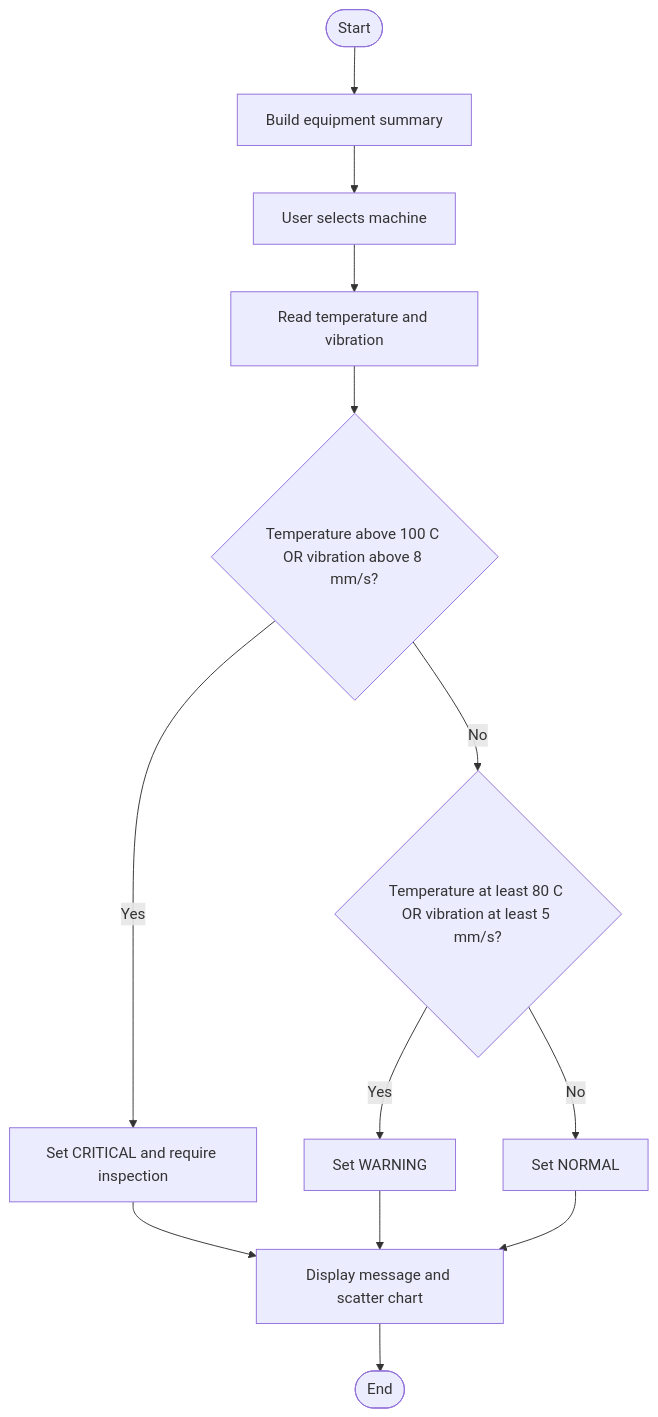
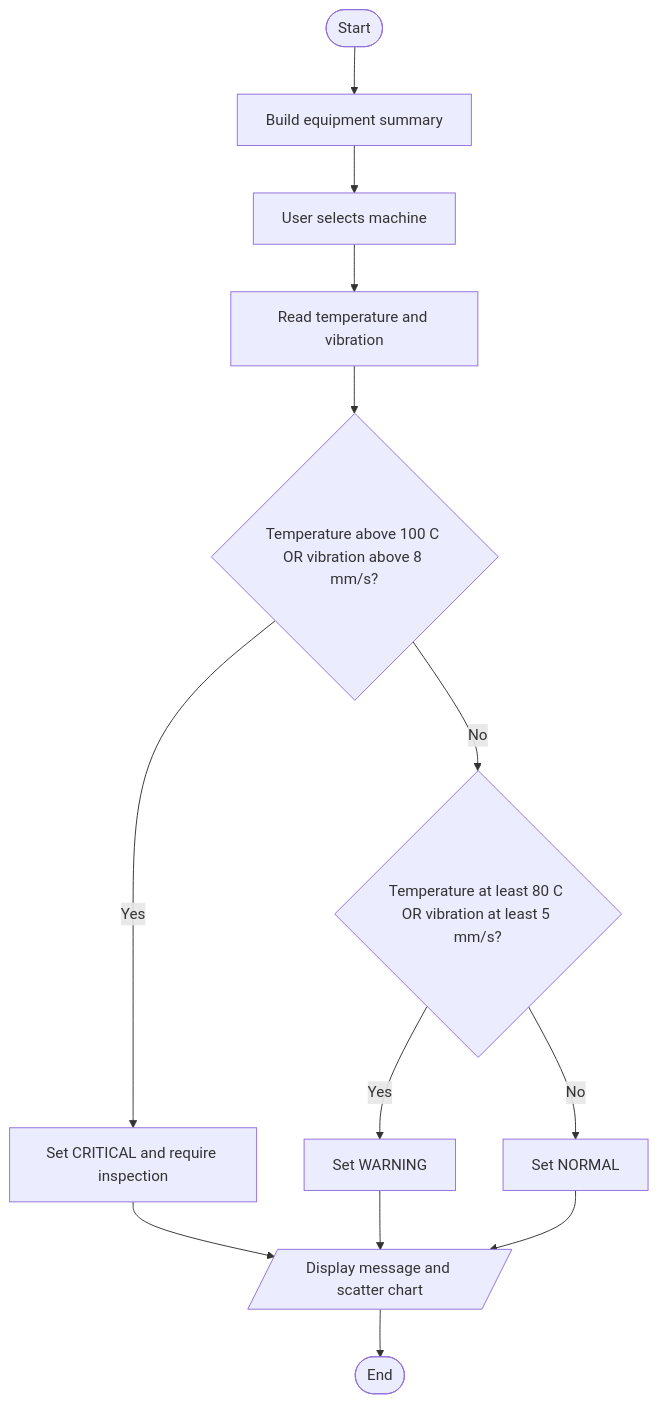
One commit to 2942996/KHWEZI-MINING-APP changed the eighth of 12 diagrams in Algorithms, Flowcharts and Pseudocode/flowcharts/FLOWCHARTS.md. Above: the diagram before and after it, drawn with Mermaid. The commit also changed other lines of this file, not shown here.

First line of the commit message:
Refactor flowchart error messages for clarity

````diff
--- a/Algorithms, Flowcharts and Pseudocode/flowcharts/FLOWCHARTS.md
+++ b/Algorithms, Flowcharts and Pseudocode/flowcharts/FLOWCHARTS.md
@@ -127,15 +127,15 @@
 ```mermaid
 flowchart TD
     A([Start]) --> B[Build equipment summary]
     B --> C[User selects machine]
     C --> D[Read temperature and vibration]
     D --> E{Temperature above 100 C OR vibration above 8 mm/s?}
     E -- Yes --> F[Set CRITICAL and require inspection]
     E -- No --> G{Temperature at least 80 C OR vibration at least 5 mm/s?}
     G -- Yes --> H[Set WARNING]
     G -- No --> I[Set NORMAL]
-    F --> J[Display message and scatter chart]
+    F --> J[/Display message and scatter chart/]
     H --> J
     I --> J
     J --> K([End])
 ```
````
